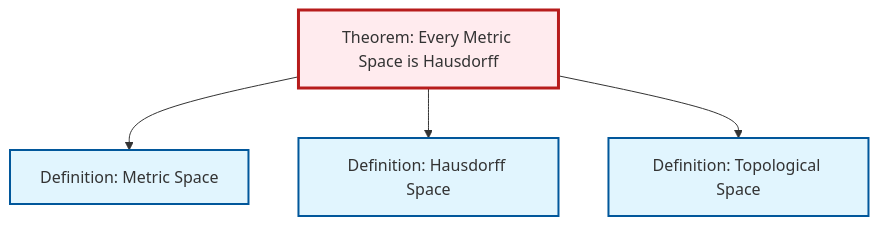
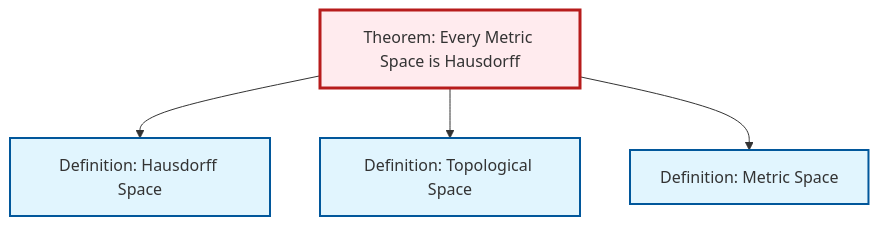
One commit to RK0429/ModernMath changed the diagram in content/en/topology/thm-metric-hausdorff.qmd. Above: the diagram before and after it, drawn with Mermaid. The commit also changed other lines of this file and 1012 other files, not shown here.

````diff
--- a/content/en/topology/thm-metric-hausdorff.qmd
+++ b/content/en/topology/thm-metric-hausdorff.qmd
@@ -63,20 +63,20 @@
 ```{mermaid}
 %%| fig-cap: "Local dependency graph"
 graph TD
     classDef definition fill:#e1f5fe,stroke:#01579b,stroke-width:2px
     classDef theorem fill:#f3e5f5,stroke:#4a148c,stroke-width:2px
     classDef axiom fill:#fff3e0,stroke:#e65100,stroke-width:2px
     classDef example fill:#e8f5e9,stroke:#1b5e20,stroke-width:2px
     classDef current fill:#ffebee,stroke:#b71c1c,stroke-width:3px
-    def-topological-space["Definition: Topological Space"]:::definition
-    thm-metric-hausdorff["Theorem: Every Metric Space is Hausdorff"]:::theorem
     def-hausdorff["Definition: Hausdorff Space"]:::definition
     def-metric-space["Definition: Metric Space"]:::definition
-    thm-metric-hausdorff --> def-metric-space
+    thm-metric-hausdorff["Theorem: Every Metric Space is Hausdorff"]:::theorem
+    def-topological-space["Definition: Topological Space"]:::definition
     thm-metric-hausdorff --> def-hausdorff
     thm-metric-hausdorff --> def-topological-space
+    thm-metric-hausdorff --> def-metric-space
     class thm-metric-hausdorff current
-    click def-topological-space "def-topological-space.html" "Go to Topological Space definition"
     click def-hausdorff "def-hausdorff.html" "Go to Hausdorff Space definition"
     click def-metric-space "def-metric-space.html" "Go to Metric Space definition"
+    click def-topological-space "def-topological-space.html" "Go to Topological Space definition"
 ```
````
